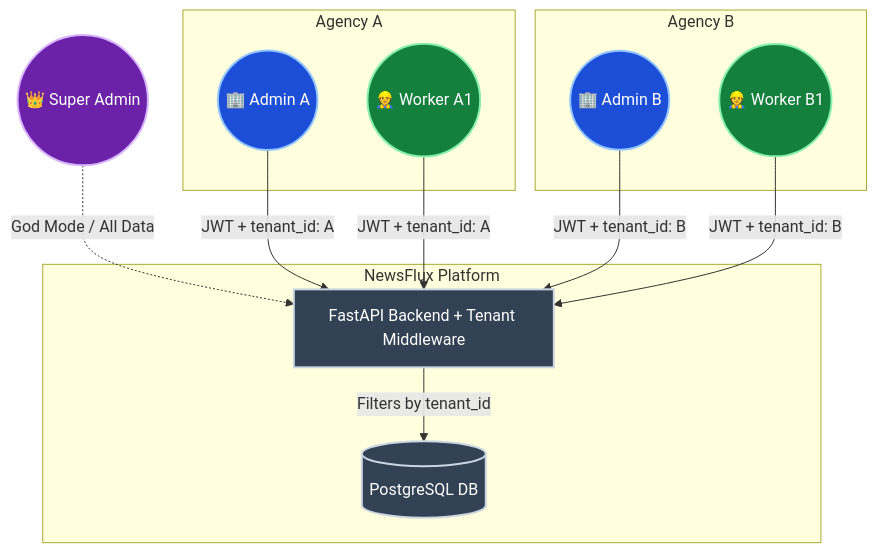
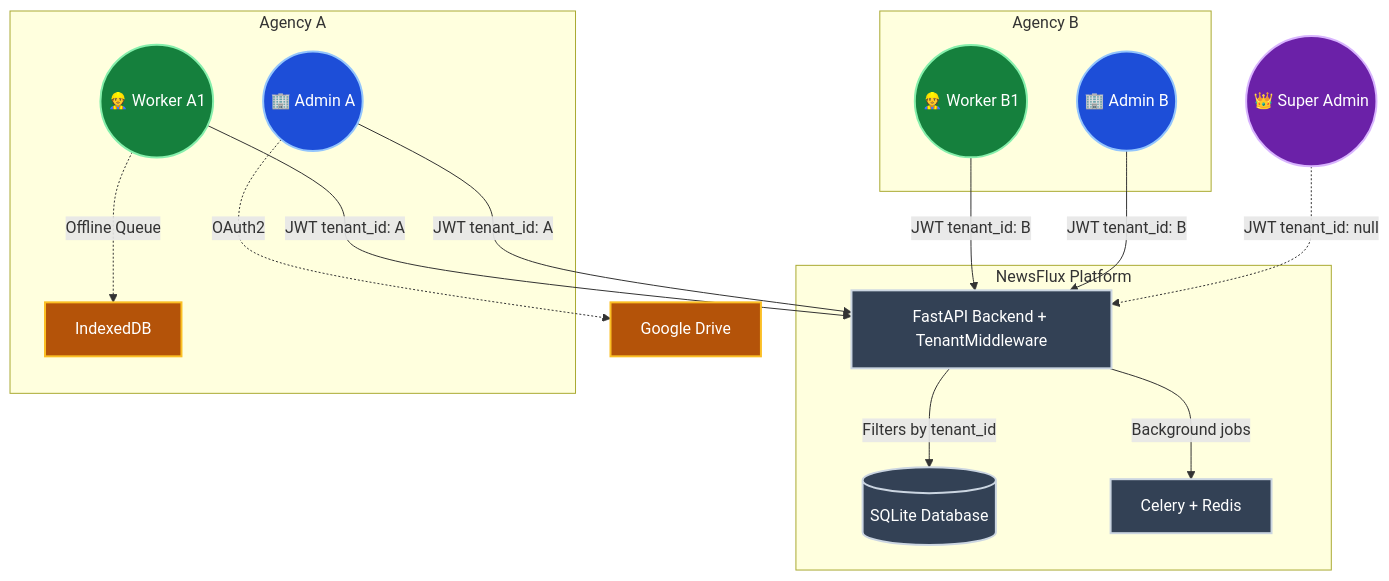
Before and after one commit to Unitary-X/NewsFlux: the first of 7 diagrams in docs/diagrams.md, drawn with Mermaid. The commit also changed other lines of this file and 8 other files, not shown here.

````diff
--- a/docs/diagrams.md
+++ b/docs/diagrams.md
@@ -11,31 +11,37 @@
 ```mermaid
 graph TD
     subgraph NewsFlux Platform
-        API[FastAPI Backend + Tenant Middleware]
-        DB[(PostgreSQL DB)]
+        API[FastAPI Backend + TenantMiddleware]
+        DB[(SQLite Database)]
+        Celery[Celery + Redis]
     end
 
-    SA((👑 Super Admin)) -.->|God Mode / All Data| API
+    SA((👑 Super Admin)) -.->|JWT tenant_id: null| API
     
     subgraph Agency A
-        AA((🏢 Admin A)) -->|JWT + tenant_id: A| API
-        WA1((👷 Worker A1)) -->|JWT + tenant_id: A| API
+        AA((🏢 Admin A)) -->|JWT tenant_id: A| API
+        WA1((👷 Worker A1)) -->|JWT tenant_id: A| API
+        WA1 -.->|Offline Queue| IDB1[IndexedDB]
     end
     
     subgraph Agency B
-        AB((🏢 Admin B)) -->|JWT + tenant_id: B| API
-        WB1((👷 Worker B1)) -->|JWT + tenant_id: B| API
+        AB((🏢 Admin B)) -->|JWT tenant_id: B| API
+        WB1((👷 Worker B1)) -->|JWT tenant_id: B| API
     end
 
     API -->|Filters by tenant_id| DB
+    API -->|Background jobs| Celery
+    AA -.->|OAuth2| GD[Google Drive]
     
     classDef superAdmin fill:#6b21a8,stroke:#d8b4fe,stroke-width:2px,color:#fff;
     classDef admin fill:#1d4ed8,stroke:#93c5fd,stroke-width:2px,color:#fff;
     classDef worker fill:#15803d,stroke:#86efac,stroke-width:2px,color:#fff;
     classDef system fill:#334155,stroke:#cbd5e1,stroke-width:2px,color:#fff;
+    classDef storage fill:#b45309,stroke:#fbbf24,stroke-width:2px,color:#fff;
     
     class SA superAdmin;
     class AA,AB admin;
     class WA1,WB1 worker;
-    class API,DB system;
+    class API,DB,Celery system;
+    class IDB1,GD storage;
 ```
````
